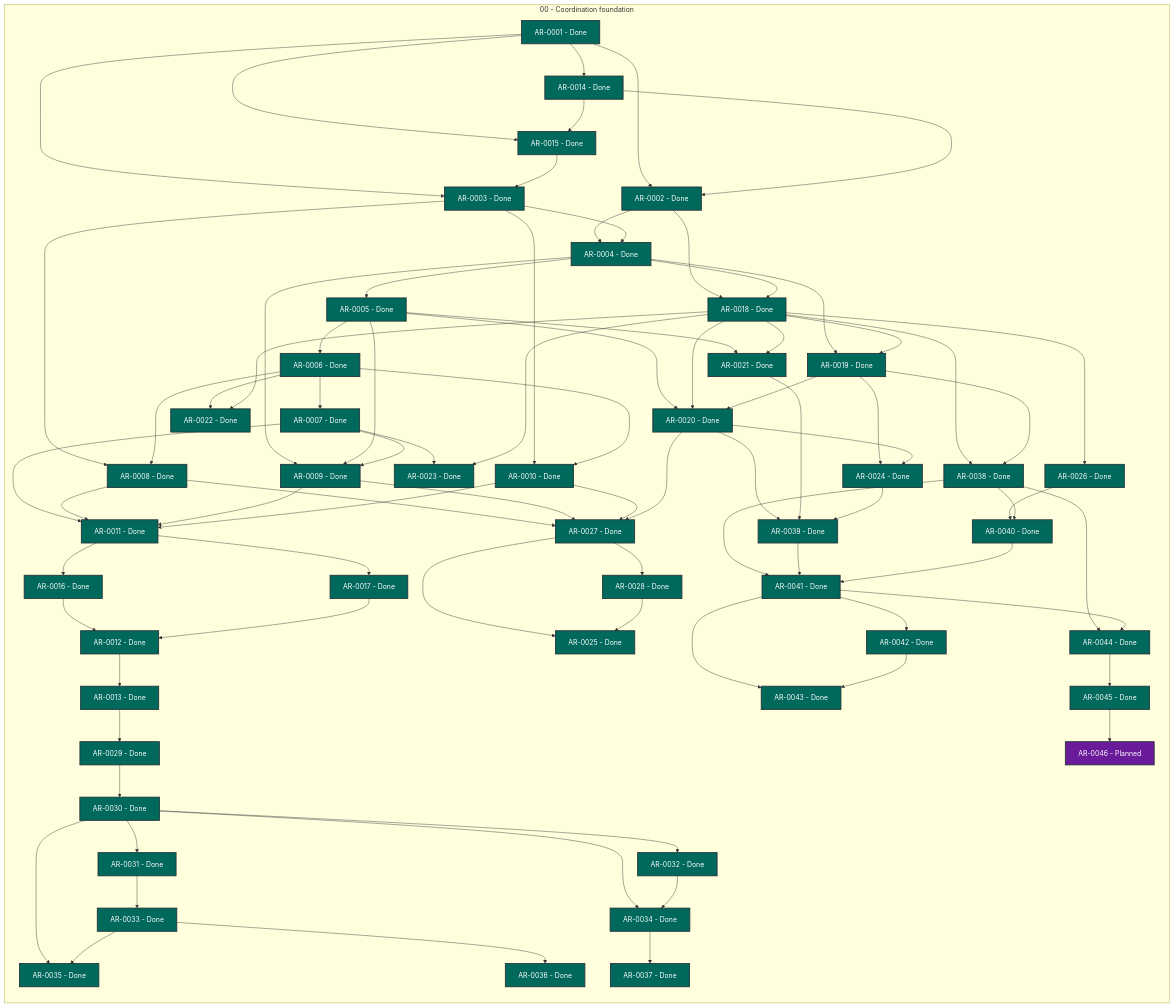
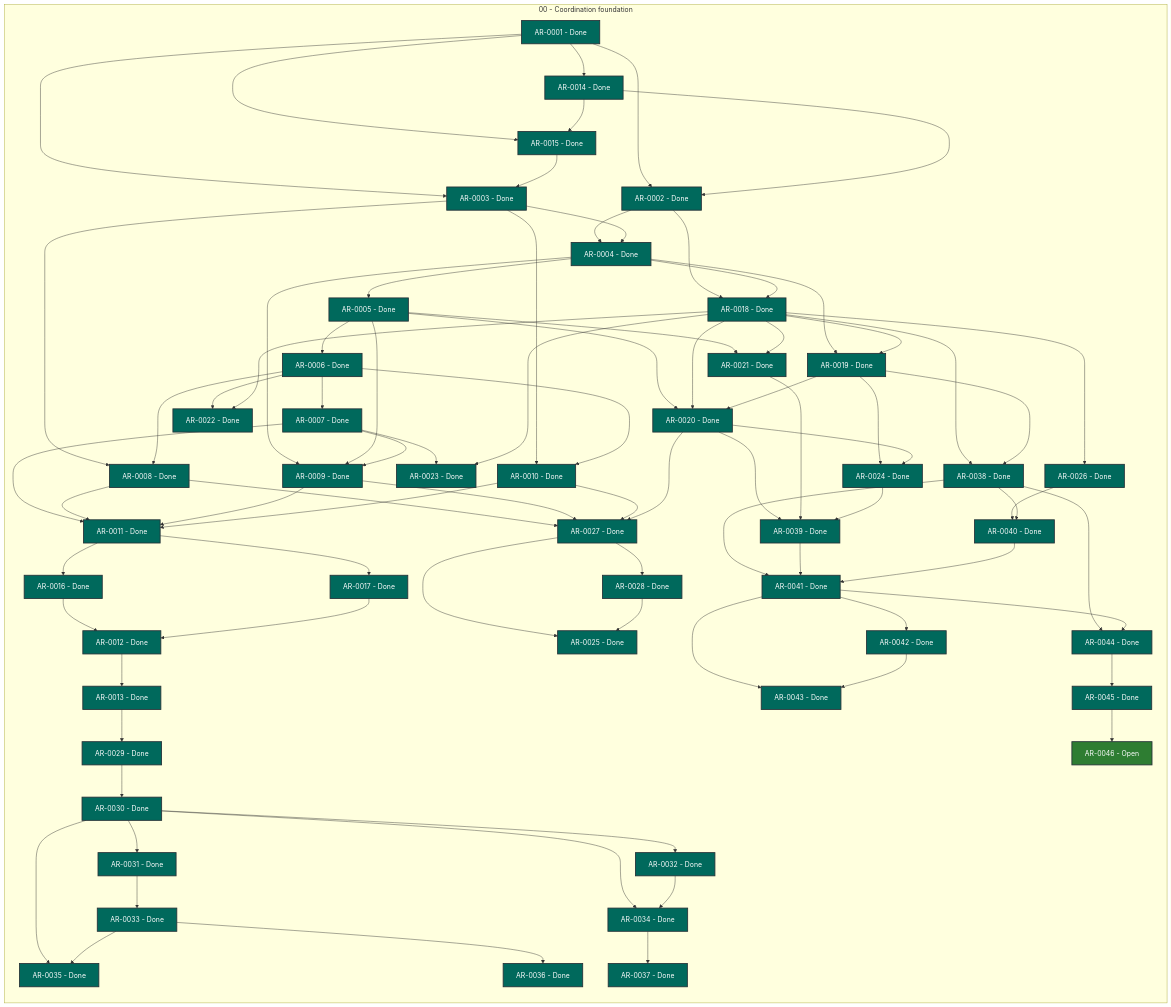
One commit to martin-beck/agent-workflow-tui-state changed the diagram in STATUS.md. Above: the diagram before and after it, drawn with Mermaid. The commit also changed other lines of this file and 2 other files, not shown here.

```diff
--- a/STATUS.md
+++ b/STATUS.md
@@ -73,7 +73,7 @@
         AR_0043["AR-0043 - Done"]:::status_done
         AR_0044["AR-0044 - Done"]:::status_done
         AR_0045["AR-0045 - Done"]:::status_done
-        AR_0046["AR-0046 - Planned"]:::status_planned
+        AR_0046["AR-0046 - Open"]:::status_open
     end
     AR_0001 --> AR_0002
     AR_0001 --> AR_0003
```
